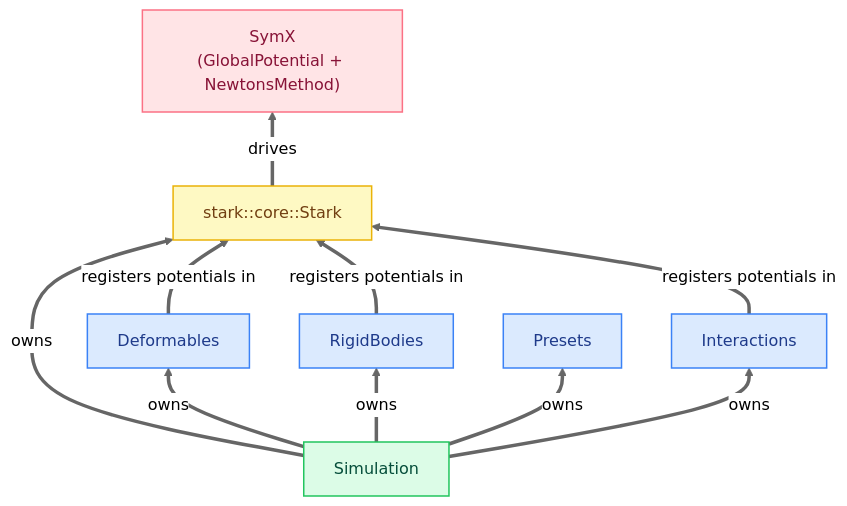
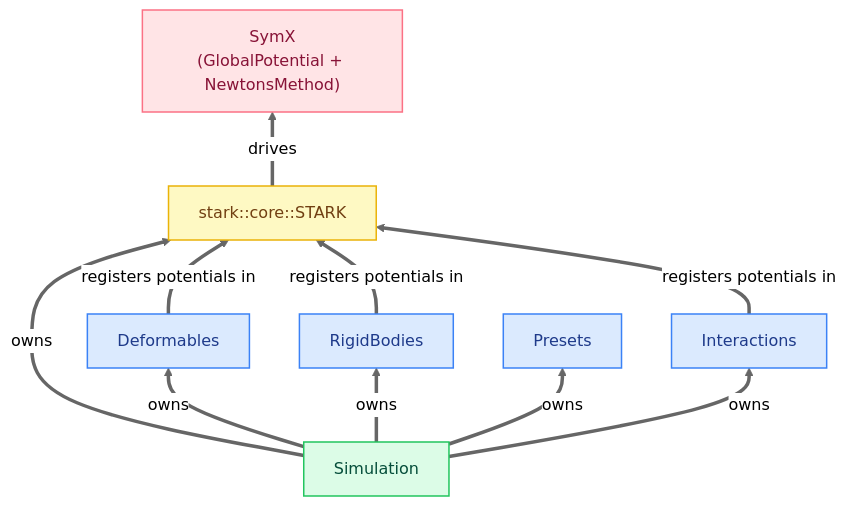
Before and after one commit to InteractiveComputerGraphics/stark: the first of 2 diagrams in docs/source/architecture.md, drawn with Mermaid (neutral theme). The commit also changed other lines of this file and 21 other files, not shown here.

````diff
--- a/docs/source/architecture.md
+++ b/docs/source/architecture.md
@@ -8,31 +8,31 @@
 ```{mermaid}
 flowchart BT
 
 classDef user   fill:#dcfce7,stroke:#22c55e,stroke-width:1.5px,color:#064e3b
 classDef model  fill:#dbeafe,stroke:#3b82f6,stroke-width:1.5px,color:#1e3a8a
 classDef core   fill:#fef9c3,stroke:#eab308,stroke-width:1.5px,color:#713f12
 classDef symx   fill:#ffe4e6,stroke:#fb7185,stroke-width:1.5px,color:#881337
 
 SIM["Simulation"]:::user
 
 DEF["Deformables"]:::model
 RB["RigidBodies"]:::model
 INT["Interactions"]:::model
 PRE["Presets"]:::model
 
-STARK["stark::core::Stark"]:::core
+STARK["stark::core::STARK"]:::core
 
 SYMX["SymX\n(GlobalPotential + NewtonsMethod)"]:::symx
 
 SIM ==>|"owns"| DEF
 SIM ==>|"owns"| RB
 SIM ==>|"owns"| INT
 SIM ==>|"owns"| PRE
 SIM ==>|"owns"| STARK
 
 DEF ==>|"registers potentials in"| STARK
 RB  ==>|"registers potentials in"| STARK
 INT ==>|"registers potentials in"| STARK
 
 STARK ==>|"drives"| SYMX
 ```
````
